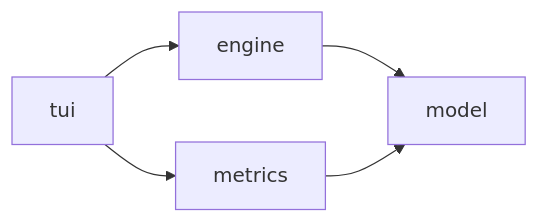
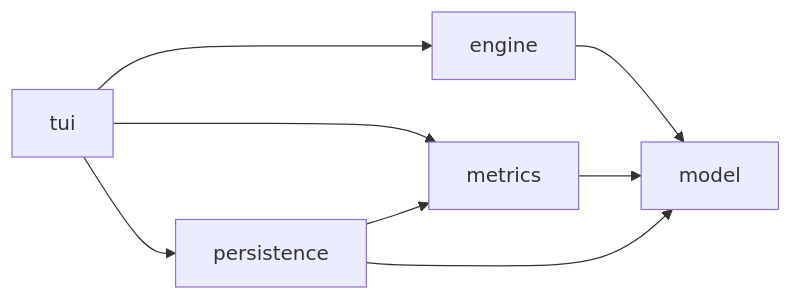
One commit to binaryphile/sofdevsim-2026 changed the fourth of 8 diagrams in docs/design.md. Above: the diagram before and after it, drawn with Mermaid. The commit also changed other lines of this file and 2 other files, not shown here.

First line of the commit message:
Update docs: add persistence architecture, header bar, check off roadmap

````diff
--- a/docs/design.md
+++ b/docs/design.md
@@ -233,7 +239,10 @@
 ```mermaid
 graph LR
     tui --> engine
     tui --> metrics
+    tui --> persistence
     engine --> model
     metrics --> model
+    persistence --> model
+    persistence --> metrics
 ```
````
